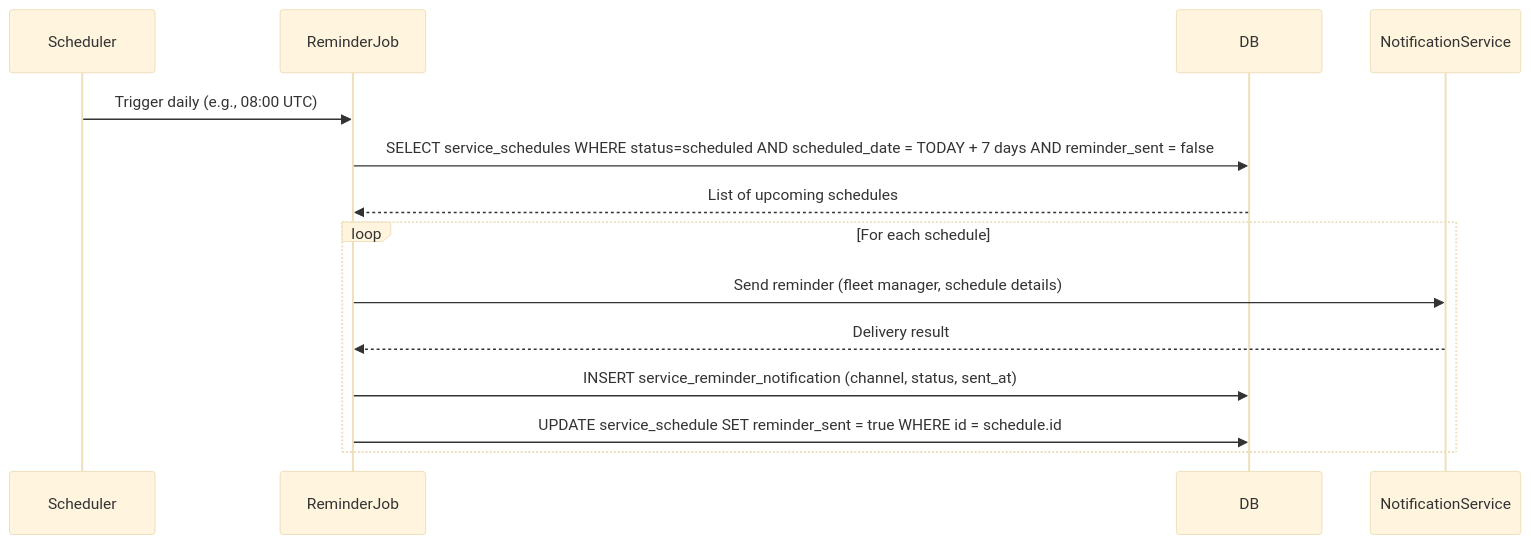
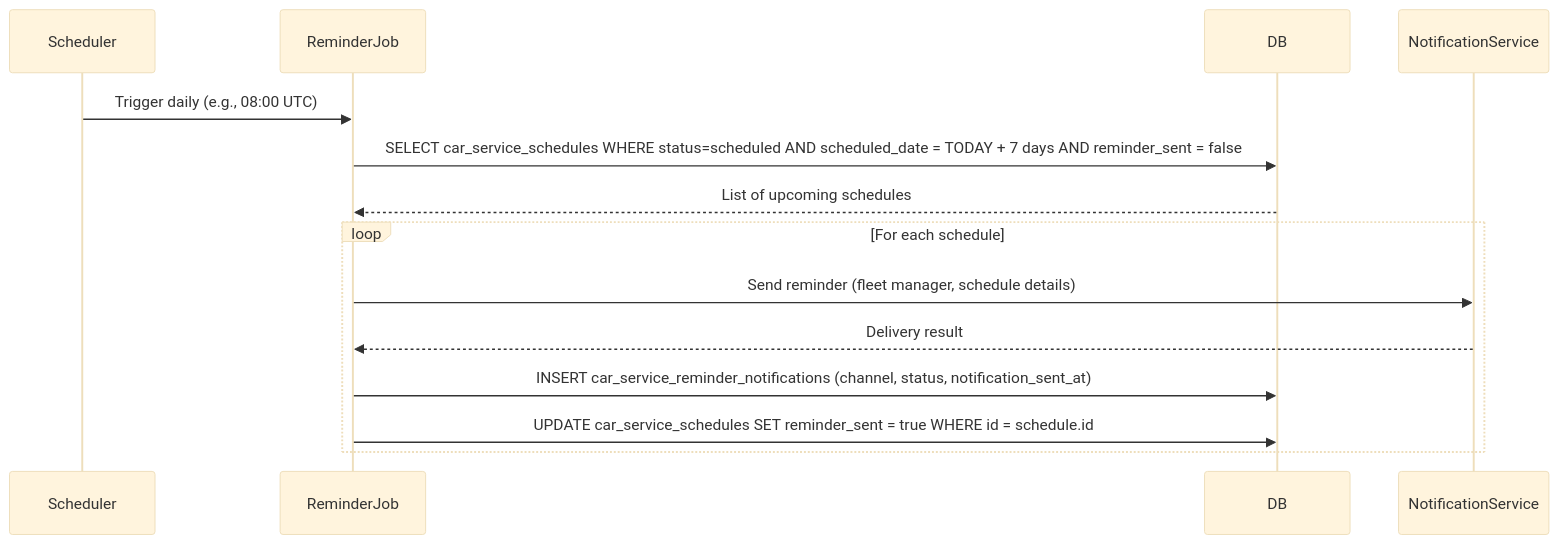
Before and after one commit to RavishankarDuMCA10/ai-sdlc: the third of 3 diagrams in docs/trd/trd-car-management-service-maintenance.md, drawn with Mermaid (base theme). The commit also changed other lines of this file and 1 other file, not shown here.

Commit message:
Align database design and TRD with consolidated car management schema

````diff
--- a/docs/trd/trd-car-management-service-maintenance.md
+++ b/docs/trd/trd-car-management-service-maintenance.md
@@ -347,17 +345,17 @@
 ```mermaid
 sequenceDiagram
     participant Scheduler
     participant ReminderJob
     participant DB
     participant NotificationService
 
     Scheduler->>ReminderJob: Trigger daily (e.g., 08:00 UTC)
-    ReminderJob->>DB: SELECT service_schedules WHERE status=scheduled AND scheduled_date = TODAY + 7 days AND reminder_sent = false
+    ReminderJob->>DB: SELECT car_service_schedules WHERE status=scheduled AND scheduled_date = TODAY + 7 days AND reminder_sent = false
     DB-->>ReminderJob: List of upcoming schedules
     loop For each schedule
         ReminderJob->>NotificationService: Send reminder (fleet manager, schedule details)
         NotificationService-->>ReminderJob: Delivery result
-        ReminderJob->>DB: INSERT service_reminder_notification (channel, status, sent_at)
-        ReminderJob->>DB: UPDATE service_schedule SET reminder_sent = true WHERE id = schedule.id
+        ReminderJob->>DB: INSERT car_service_reminder_notifications (channel, status, notification_sent_at)
+        ReminderJob->>DB: UPDATE car_service_schedules SET reminder_sent = true WHERE id = schedule.id
     end
 ```
````
